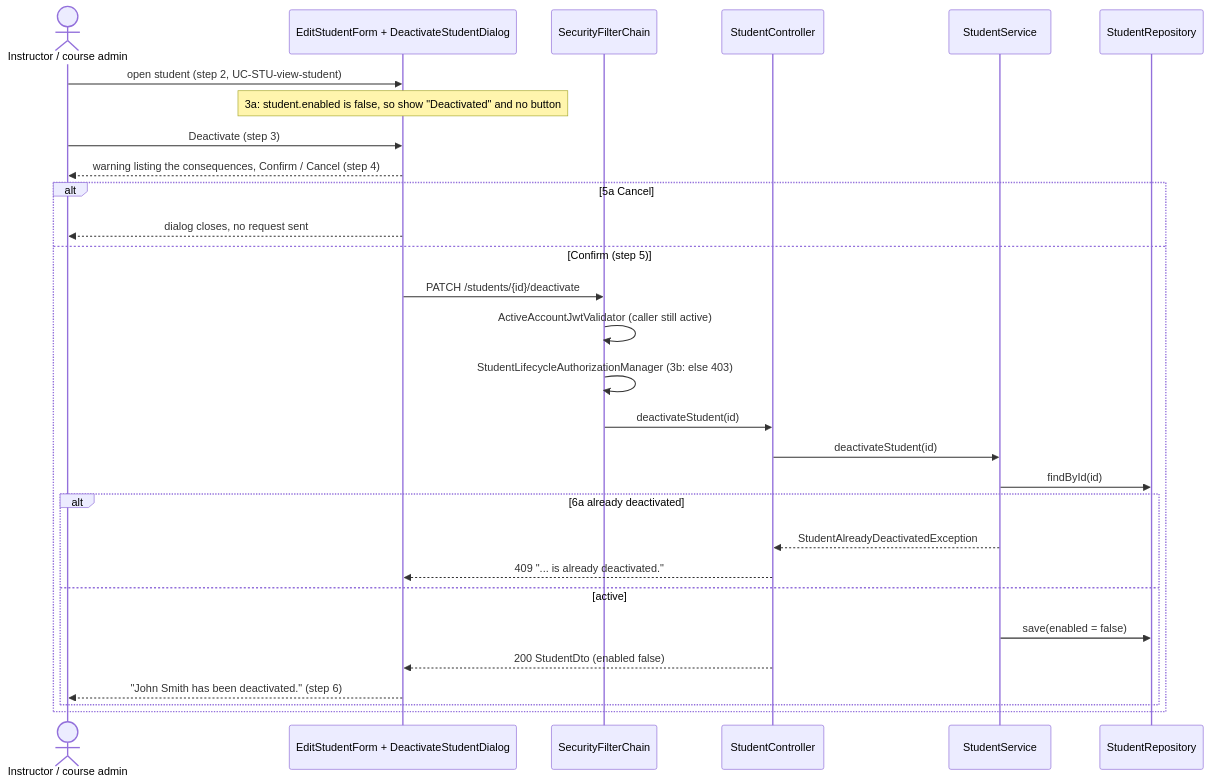
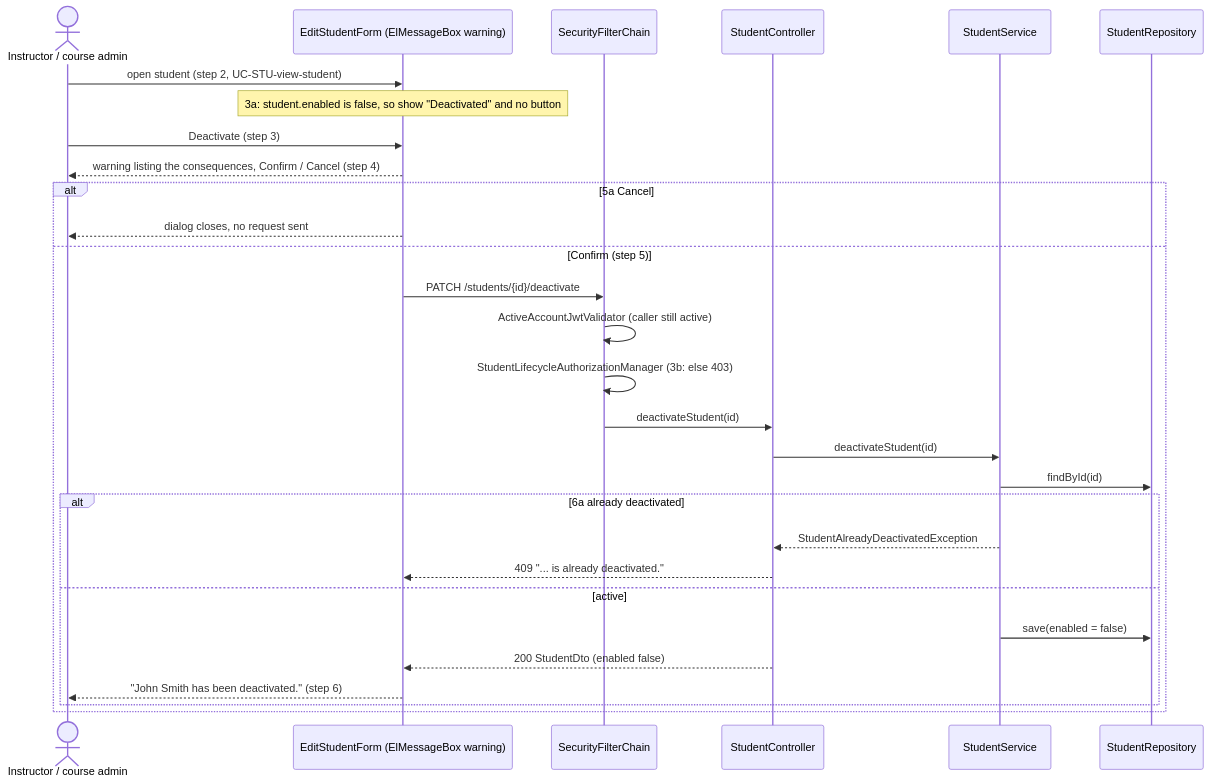
The second of 3 diagrams in docs/design/stu.md (pared123/add-a-use-case), drawn with Mermaid before and after one commit. The commit also changed other lines of this file and 5 other files, not shown here.

First line of the commit message:
feat(frontend): confirmed Deactivate action on the student edit form

````diff
--- a/docs/design/stu.md
+++ b/docs/design/stu.md
@@ -66,31 +66,31 @@
 ```mermaid
 sequenceDiagram
     actor I as Instructor / course admin
-    participant F as EditStudentForm + DeactivateStudentDialog
+    participant F as EditStudentForm (ElMessageBox warning)
     participant SC as SecurityFilterChain
     participant C as StudentController
     participant S as StudentService
     participant R as StudentRepository
     I->>F: open student (step 2, UC-STU-view-student)
     Note over F: 3a: student.enabled is false, so show "Deactivated" and no button
     I->>F: Deactivate (step 3)
     F-->>I: warning listing the consequences, Confirm / Cancel (step 4)
     alt 5a Cancel
         F-->>I: dialog closes, no request sent
     else Confirm (step 5)
         F->>SC: PATCH /students/{id}/deactivate
         SC->>SC: ActiveAccountJwtValidator (caller still active)
         SC->>SC: StudentLifecycleAuthorizationManager (3b: else 403)
         SC->>C: deactivateStudent(id)
         C->>S: deactivateStudent(id)
         S->>R: findById(id)
         alt 6a already deactivated
             S-->>C: StudentAlreadyDeactivatedException
             C-->>F: 409 "... is already deactivated."
         else active
             S->>R: save(enabled = false)
             C-->>F: 200 StudentDto (enabled false)
             F-->>I: "John Smith has been deactivated." (step 6)
         end
     end
 ```
````
